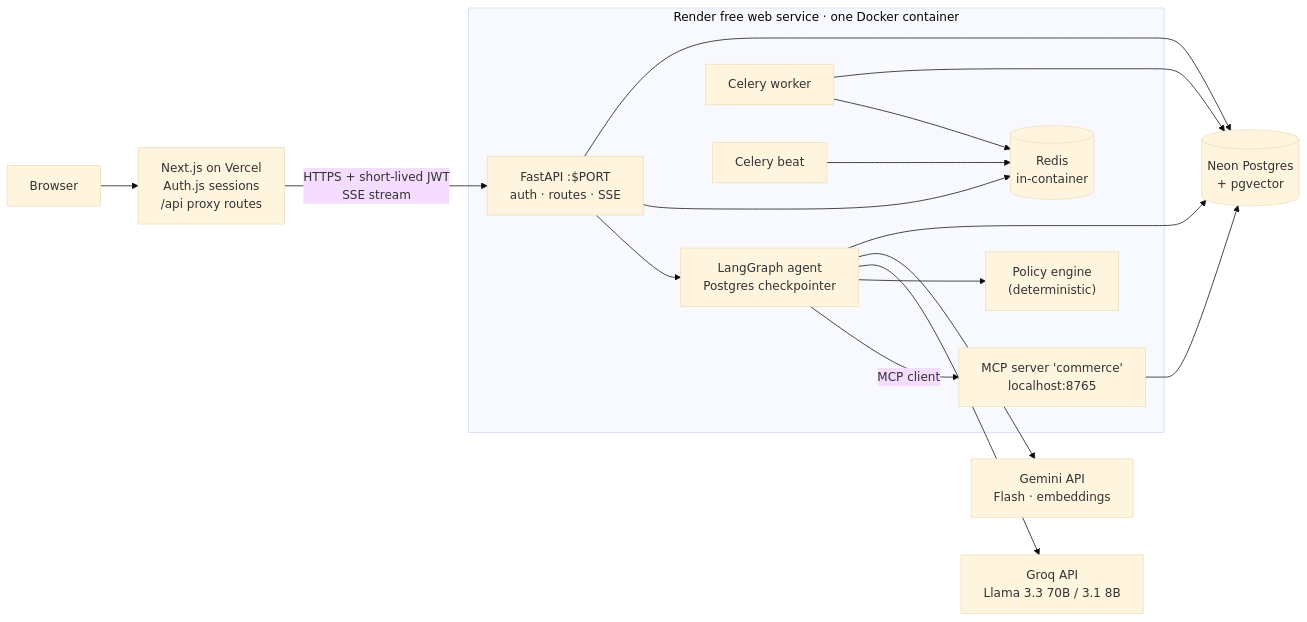
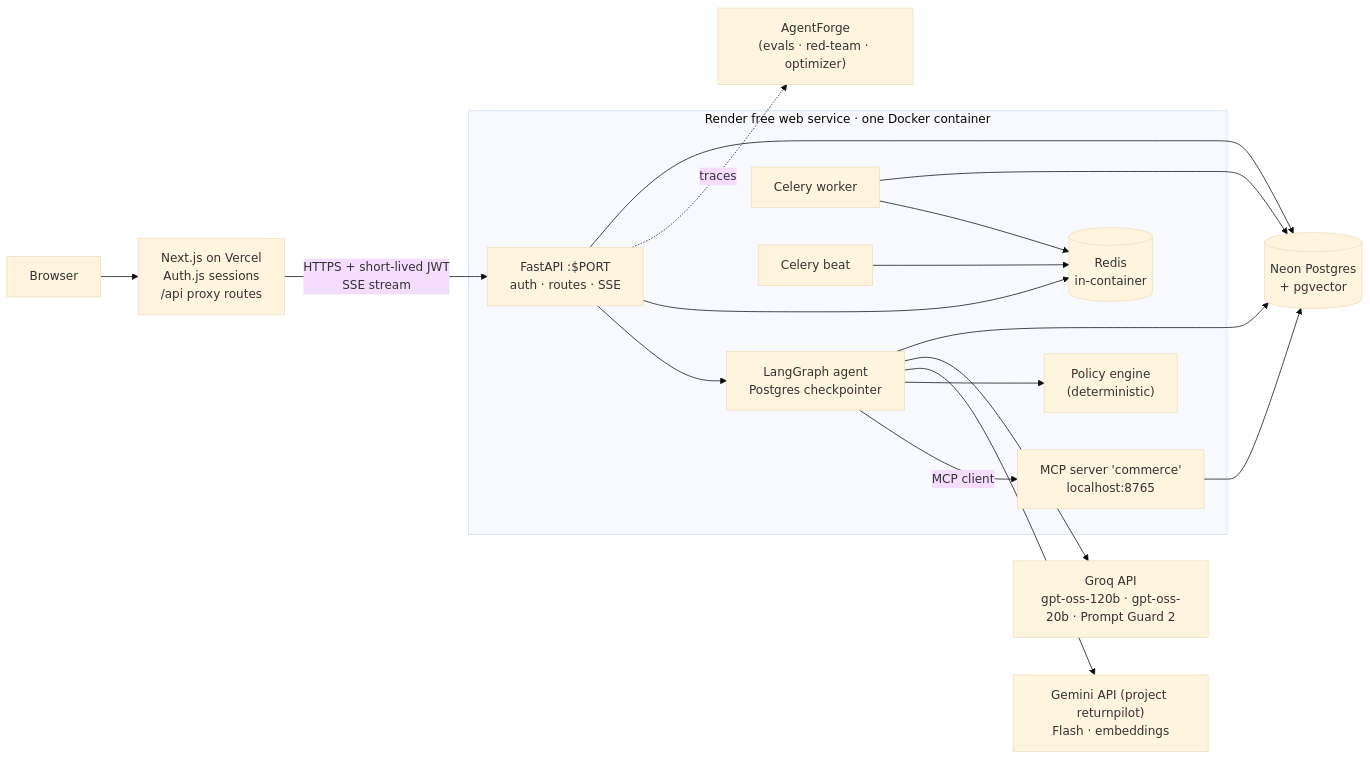
Before and after one commit to Sohail-5678/returnpilot: the first of 3 diagrams in docs/SPEC.md, drawn with Mermaid (base theme). The commit also changed other lines of this file and 53 other files, not shown here.

First line of the commit message:
Spec v1.1: free model plan, Prompt Guard 2, AgentForge integration

````diff
--- a/docs/SPEC.md
+++ b/docs/SPEC.md
@@ -171,17 +175,18 @@
 ```mermaid
 flowchart LR
   B[Browser] --> V[Next.js on Vercel<br/>Auth.js sessions<br/>/api proxy routes]
   V -- HTTPS + short-lived JWT<br/>SSE stream --> API
   subgraph R["Render free web service · one Docker container"]
     API["FastAPI :$PORT<br/>auth · routes · SSE"]
     API --> G[LangGraph agent<br/>Postgres checkpointer]
     G -- MCP client --> M["MCP server 'commerce'<br/>localhost:8765"]
     G --> P["Policy engine<br/>(deterministic)"]
     API --> Q[("Redis<br/>in-container")]
     W[Celery worker] --> Q
     BT[Celery beat] --> Q
   end
-  G --> LLM1[Groq API<br/>Llama 3.3 70B / 3.1 8B]
-  G --> LLM2["Gemini API<br/>Flash · embeddings"]
+  G --> LLM1["Gemini API (project returnpilot)<br/>Flash · embeddings"]
+  G --> LLM2["Groq API<br/>gpt-oss-120b · gpt-oss-20b · Prompt Guard 2"]
+  API -. traces .-> AF["AgentForge<br/>(evals · red-team · optimizer)"]
   API & G & M & W --> DB[("Neon Postgres<br/>+ pgvector")]
 ```
````
